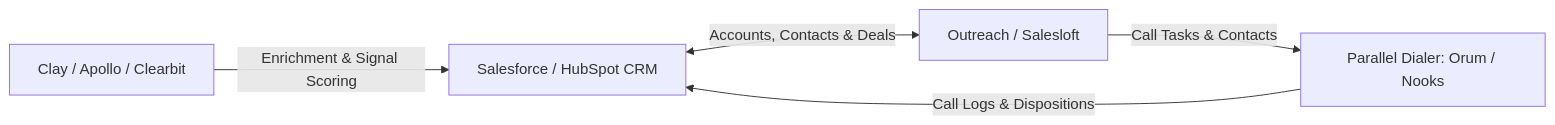
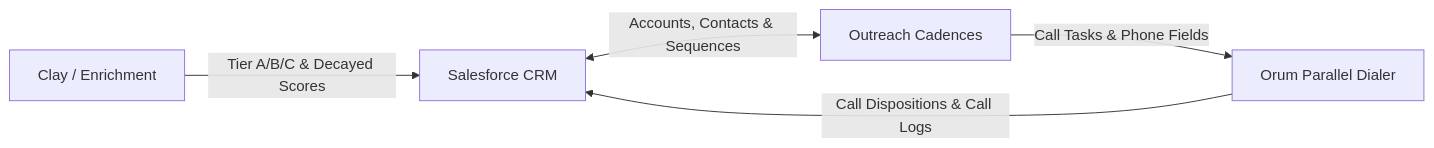
Before and after one commit to peytonbackus-spec/bd-leadership: the diagram in 02-execution-and-workflows/12-stack-configuration/sync-architecture.md, drawn with Mermaid. The commit also changed other lines of this file and 3 other files, not shown here.

````diff
--- a/02-execution-and-workflows/12-stack-configuration/sync-architecture.md
+++ b/02-execution-and-workflows/12-stack-configuration/sync-architecture.md
@@ -78,7 +9,7 @@
 ```mermaid
 flowchart LR
-    CRM[Salesforce / HubSpot CRM] <-->|Accounts, Contacts & Deals| Engagement[Outreach / Salesloft]
-    Engagement -->|Call Tasks & Contacts| Dialer[Parallel Dialer: Orum / Nooks]
-    Dialer -->|Call Logs & Dispositions| CRM
-    Enrichment[Clay / Apollo / Clearbit] -->|Enrichment & Signal Scoring| CRM
+    Clay[Clay / Enrichment] -->|Tier A/B/C & Decayed Scores| CRM[Salesforce CRM]
+    CRM <-->|Accounts, Contacts & Sequences| Outreach[Outreach Cadences]
+    Outreach -->|Call Tasks & Phone Fields| Orum[Orum Parallel Dialer]
+    Orum -->|Call Dispositions & Call Logs| CRM
 ```
````
